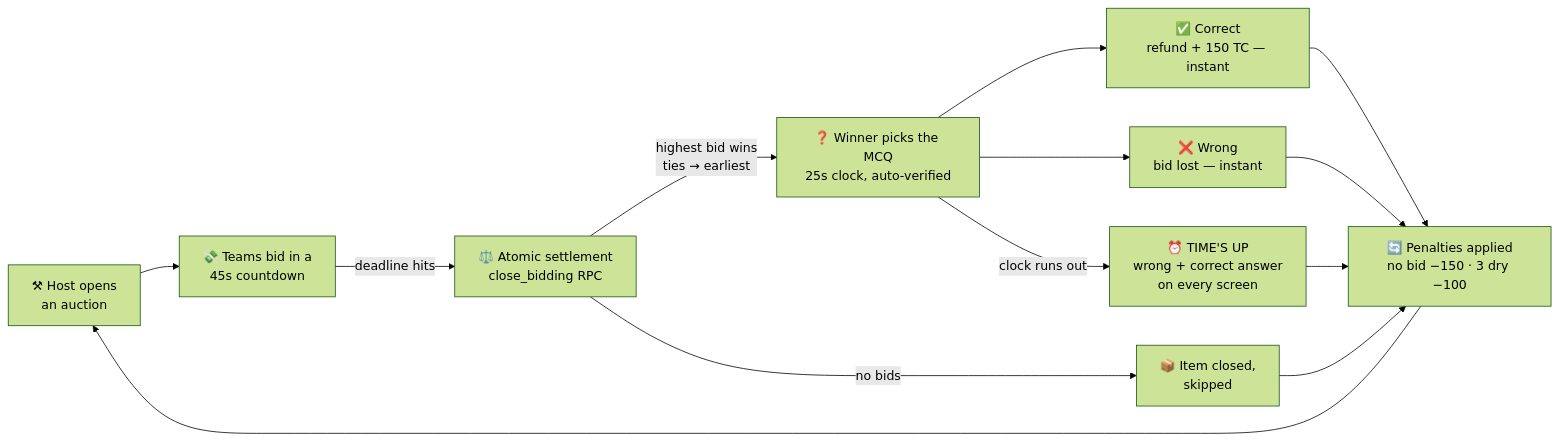
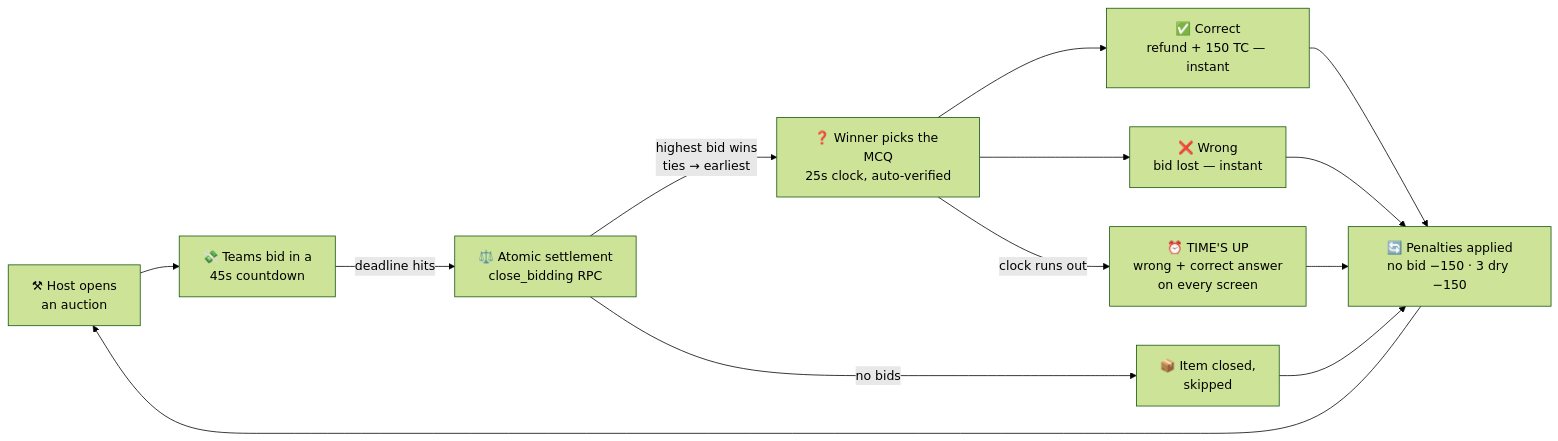
One commit to inferno4670/Tech-Auction changed the first of 3 diagrams in README.md. Above: the diagram before and after it, drawn with Mermaid (forest theme). The commit also changed other lines of this file and 1 other file, not shown here.

First line of the commit message:
Raise the dry-streak penalty to 150 TC and label the ledger by branch

````diff
--- a/README.md
+++ b/README.md
@@ -55,15 +55,15 @@
 ```mermaid
 flowchart LR
     A[⚒ Host opens<br/>an auction] --> B[💸 Teams bid in a<br/>45s countdown]
     B -->|deadline hits| C[⚖️ Atomic settlement<br/>close_bidding RPC]
     C -->|highest bid wins<br/>ties → earliest| D[❓ Winner picks the MCQ<br/>25s clock, auto-verified]
     C -->|no bids| H[📦 Item closed,<br/>skipped]
     D --> E[✅ Correct<br/>refund + 150 TC — instant]
     D --> F[❌ Wrong<br/>bid lost — instant]
     D -->|clock runs out| I[⏰ TIME'S UP<br/>wrong + correct answer<br/>on every screen]
-    E --> G[🔄 Penalties applied<br/>no bid −150 · 3 dry −100]
+    E --> G[🔄 Penalties applied<br/>no bid −150 · 3 dry −150]
     F --> G
     I --> G
     H --> G
     G --> A
 ```
````
